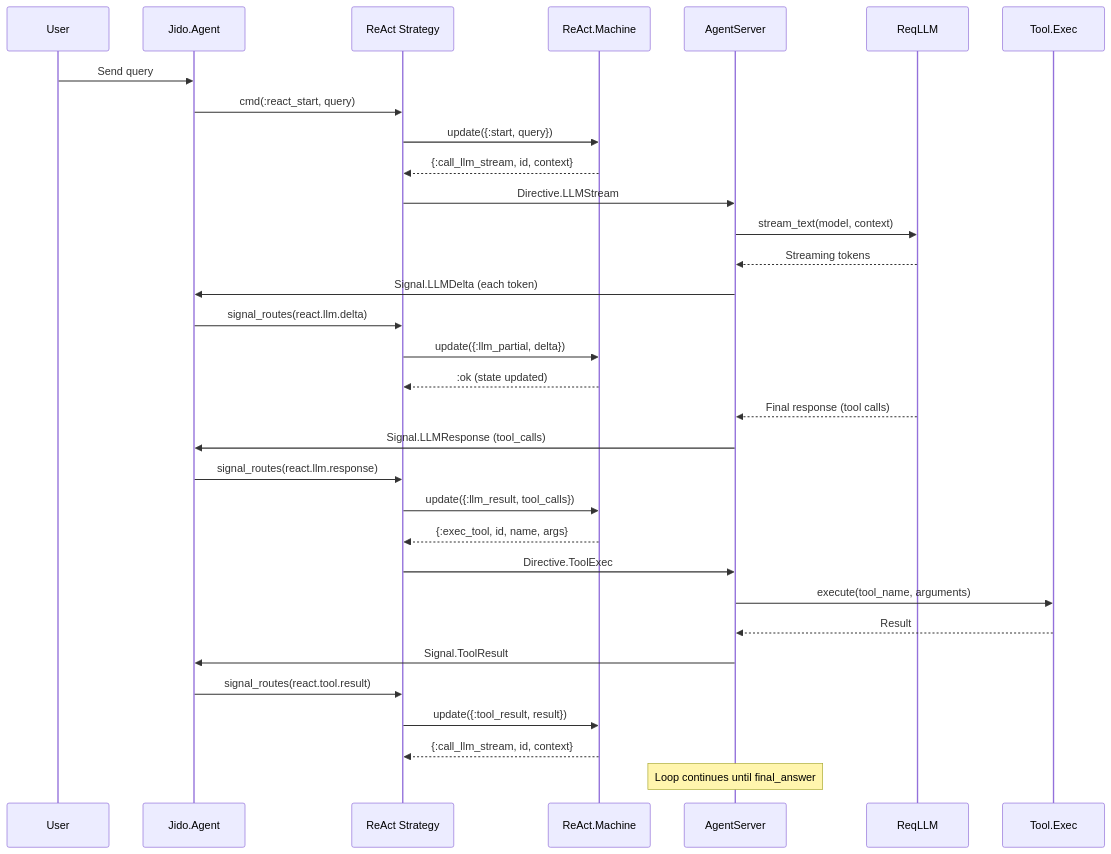
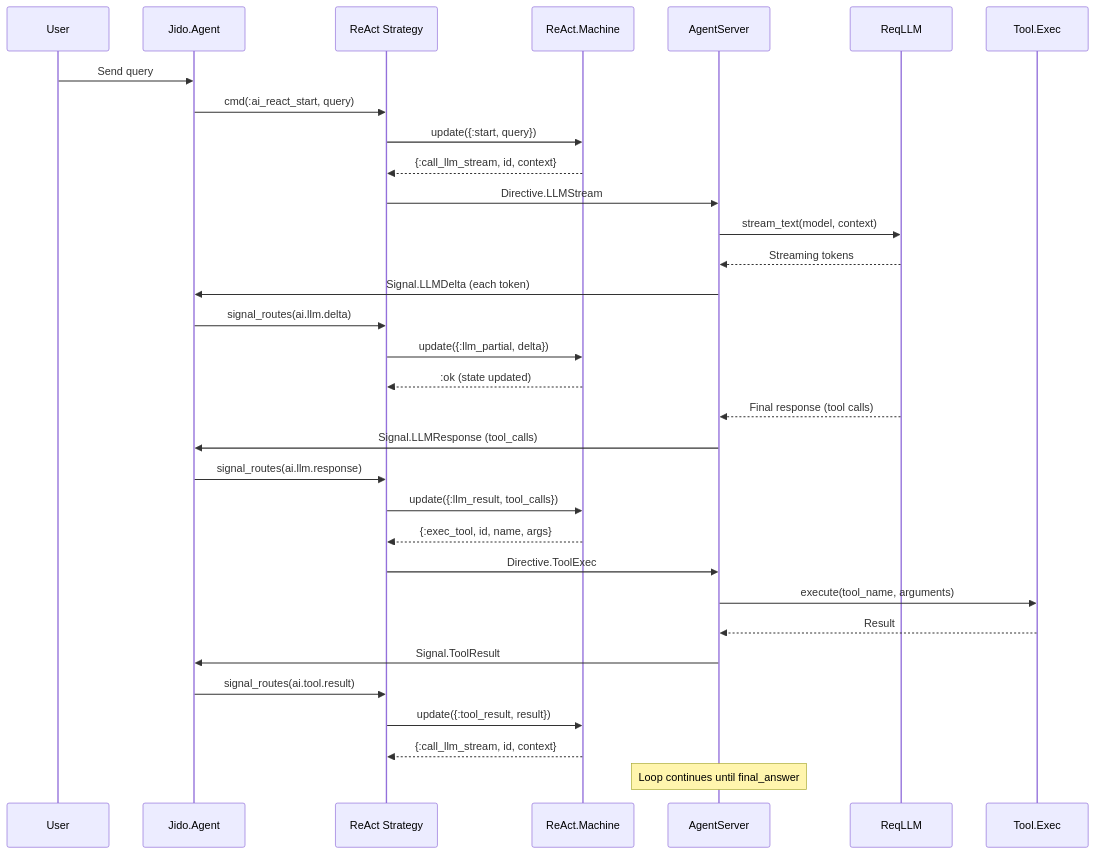
The second of 2 diagrams in guides/developer/01_architecture_overview.md (agentjido/jido_ai), drawn with Mermaid before and after one commit. The commit also changed other lines of this file and 93 other files, not shown here.

````diff
--- a/guides/developer/01_architecture_overview.md
+++ b/guides/developer/01_architecture_overview.md
@@ -241,39 +241,39 @@
 ```mermaid
 sequenceDiagram
     participant User
     participant Agent as Jido.Agent
     participant Strategy as ReAct Strategy
     participant Machine as ReAct.Machine
     participant Runtime as AgentServer
     participant LLM as ReqLLM
     participant Tool as Tool.Exec
 
     User->>Agent: Send query
-    Agent->>Strategy: cmd(:react_start, query)
+    Agent->>Strategy: cmd(:ai_react_start, query)
     Strategy->>Machine: update({:start, query})
     Machine-->>Strategy: {:call_llm_stream, id, context}
     Strategy->>Runtime: Directive.LLMStream
 
     Runtime->>LLM: stream_text(model, context)
     LLM-->>Runtime: Streaming tokens
     Runtime->>Agent: Signal.LLMDelta (each token)
-    Agent->>Strategy: signal_routes(react.llm.delta)
+    Agent->>Strategy: signal_routes(ai.llm.delta)
     Strategy->>Machine: update({:llm_partial, delta})
     Machine-->>Strategy: :ok (state updated)
 
     LLM-->>Runtime: Final response (tool calls)
     Runtime->>Agent: Signal.LLMResponse (tool_calls)
-    Agent->>Strategy: signal_routes(react.llm.response)
+    Agent->>Strategy: signal_routes(ai.llm.response)
     Strategy->>Machine: update({:llm_result, tool_calls})
     Machine-->>Strategy: {:exec_tool, id, name, args}
     Strategy->>Runtime: Directive.ToolExec
 
     Runtime->>Tool: execute(tool_name, arguments)
     Tool-->>Runtime: Result
     Runtime->>Agent: Signal.ToolResult
-    Agent->>Strategy: signal_routes(react.tool.result)
+    Agent->>Strategy: signal_routes(ai.tool.result)
     Strategy->>Machine: update({:tool_result, result})
     Machine-->>Strategy: {:call_llm_stream, id, context}
 
     Note over Runtime: Loop continues until final_answer
 ```
````
